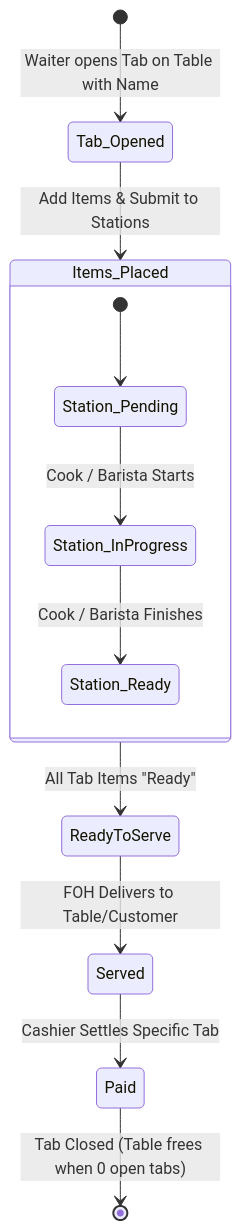
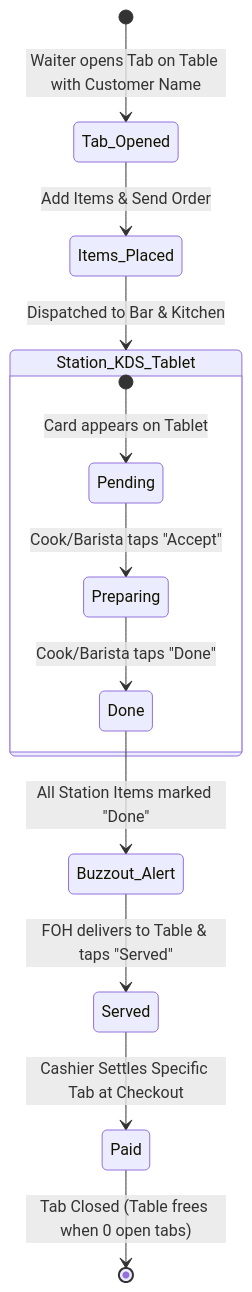
Before and after one commit to ichannnj/Monk-s-Dream-Jazz-Bar-POS: the second of 2 diagrams in REQUIREMENTS.md, drawn with Mermaid. The commit also changed other lines of this file, not shown here.

Commit message:
docs: document tablet standardization, Accept->Done station flow, and buzzout expediting

````diff
--- a/REQUIREMENTS.md
+++ b/REQUIREMENTS.md
@@ -78,16 +80,17 @@
 ```mermaid
 stateDiagram-v2
-    [*] --> Tab_Opened: Waiter opens Tab on Table with Name
-    Tab_Opened --> Items_Placed: Add Items & Submit to Stations
+    [*] --> Tab_Opened: Waiter opens Tab on Table with Customer Name
+    Tab_Opened --> Items_Placed: Add Items & Send Order
     
-    state Items_Placed {
-        [*] --> Station_Pending
-        Station_Pending --> Station_InProgress: Cook / Barista Starts
-        Station_InProgress --> Station_Ready: Cook / Barista Finishes
+    state Station_KDS_Tablet {
+        [*] --> Pending: Card appears on Tablet
+        Pending --> Preparing: Cook/Barista taps "Accept"
+        Preparing --> Done: Cook/Barista taps "Done"
     }
     
-    Items_Placed --> ReadyToServe: All Tab Items "Ready"
-    ReadyToServe --> Served: FOH Delivers to Table/Customer
-    Served --> Paid: Cashier Settles Specific Tab
+    Items_Placed --> Station_KDS_Tablet: Dispatched to Bar & Kitchen
+    Done --> Buzzout_Alert: All Station Items marked "Done"
+    Buzzout_Alert --> Served: FOH delivers to Table & taps "Served"
+    Served --> Paid: Cashier Settles Specific Tab at Checkout
     Paid --> [*]: Tab Closed (Table frees when 0 open tabs)
 ```
````
